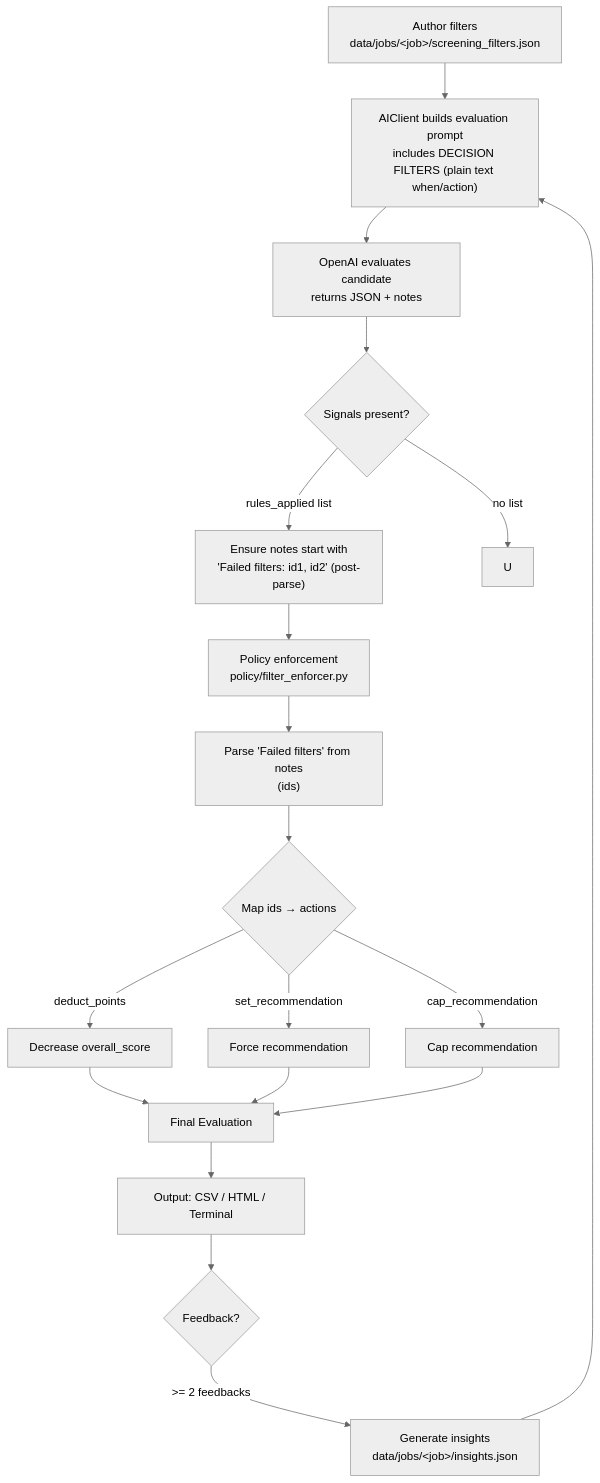
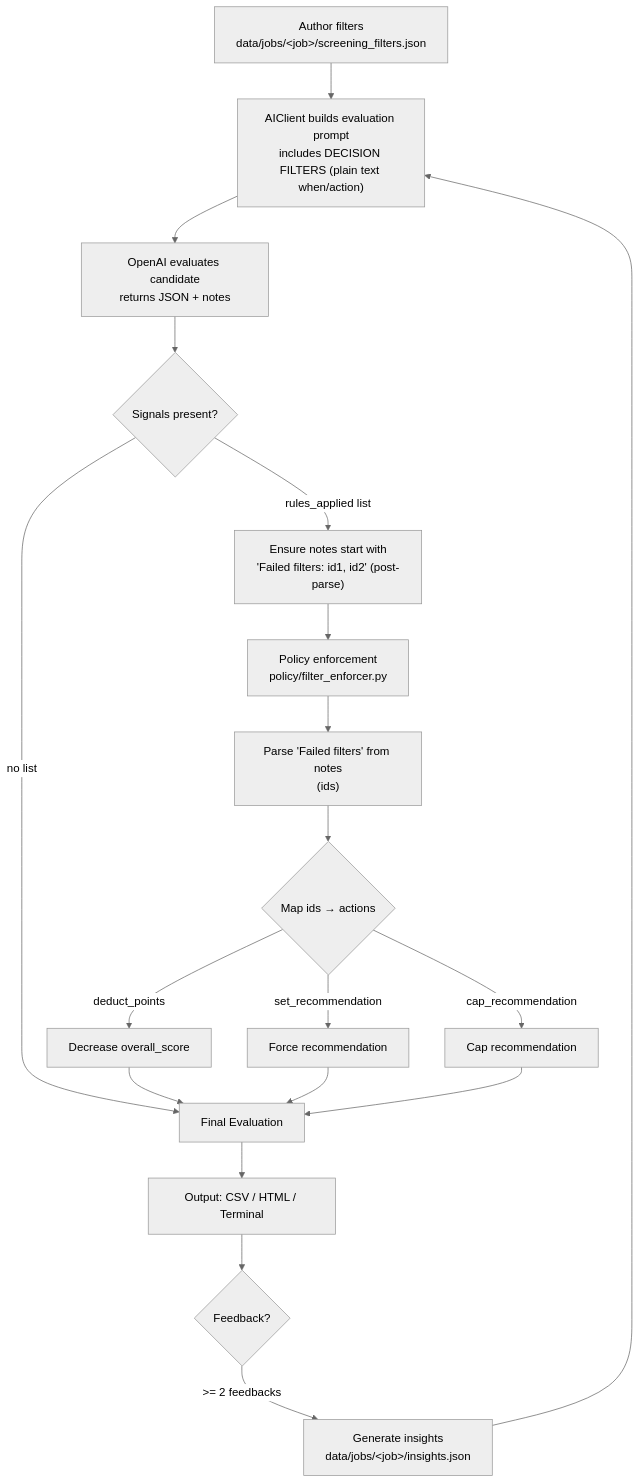
One commit to KjellKod/ai_job_candidate_reviewer changed the diagram in SCREENING_FILTERS.md. Above: the diagram before and after it, drawn with Mermaid (neutral theme).

````diff
--- a/SCREENING_FILTERS.md
+++ b/SCREENING_FILTERS.md
@@ -20,21 +20,21 @@
 ```mermaid
 flowchart TD
   A["Author filters<br/>data/jobs/&lt;job&gt;/screening_filters.json"] --> B["AIClient builds evaluation prompt<br/>includes DECISION FILTERS (plain text when/action)"]
   B --> C["OpenAI evaluates candidate<br/>returns JSON + notes"]
   C --> C1{"Signals present?"}
   C1 -->|rules_applied list| C2["Ensure notes start with<br/>'Failed filters: id1, id2' (post-parse)"]
-  C1 -->|no list| U
+  C1 -->|no list| I
   C2 --> D["Policy enforcement<br/>policy/filter_enforcer.py"]
   D --> D1["Parse 'Failed filters' from notes<br/>(ids)"]
   D1 --> E{"Map ids → actions"}
   E -->|deduct_points| F["Decrease overall_score"]
   E -->|set_recommendation| G["Force recommendation"]
   E -->|cap_recommendation| H["Cap recommendation"]
   F --> I["Final Evaluation"]
   G --> I
   H --> I
   I --> J["Output: CSV / HTML / Terminal"]
   J --> K{"Feedback?"}
   K -->|>= 2 feedbacks| L["Generate insights<br/>data/jobs/&lt;job&gt;/insights.json"]
   L --> B
 ```
````
